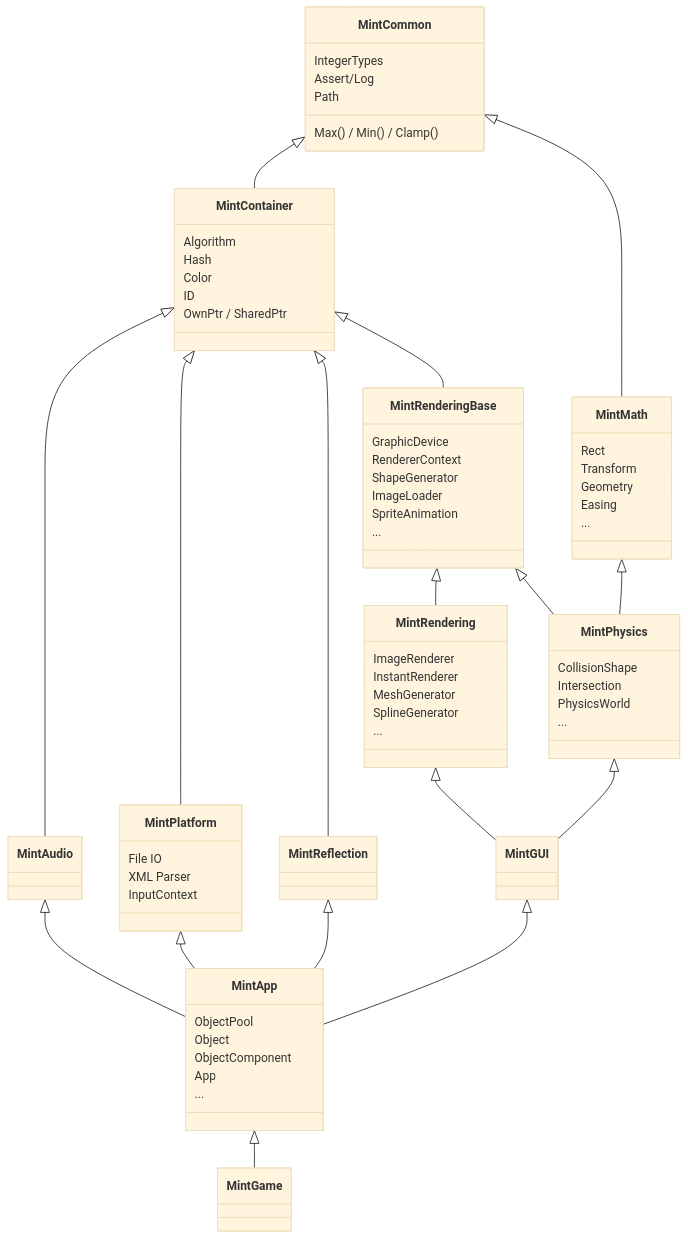
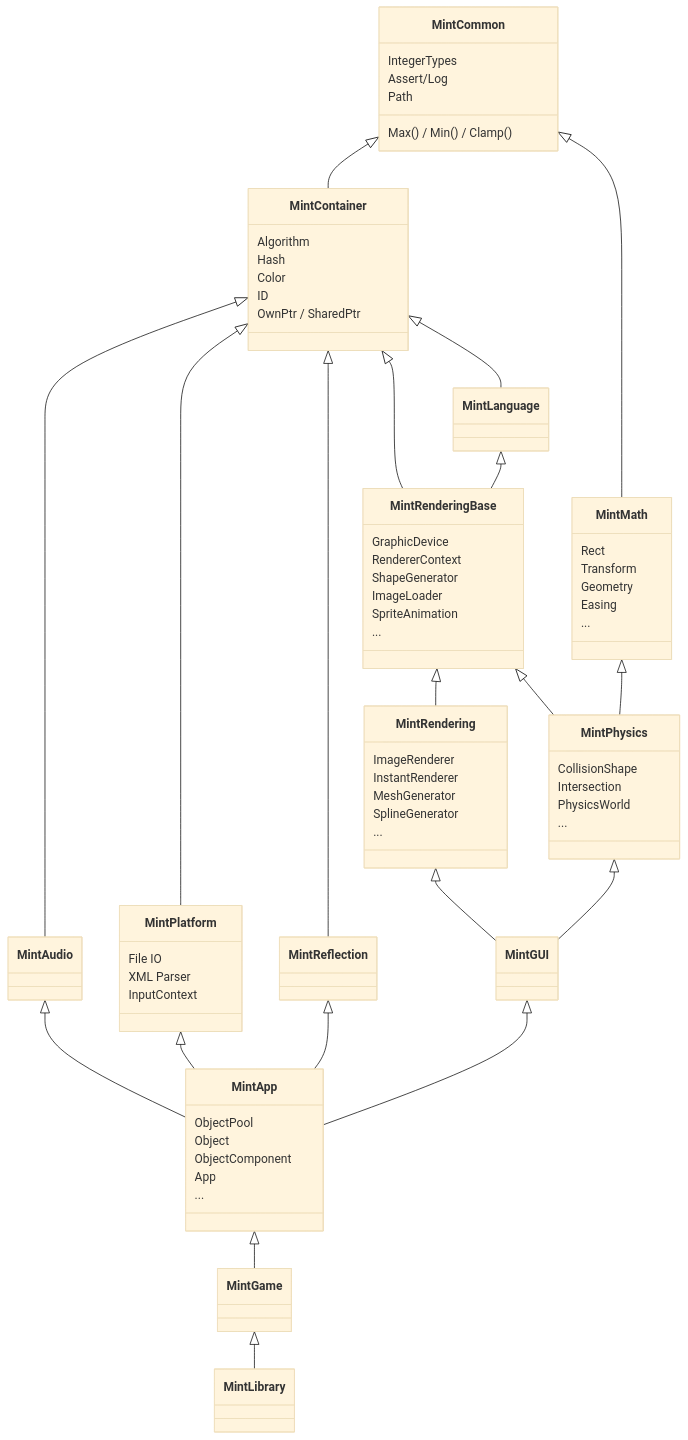
The diagram in MintCommon/LibraryStructure.md (principal6/MintLibrary), drawn with Mermaid (base theme) before and after one commit. The commit also changed 2 other files, not shown here.

Commit message:
minor refactoring

```diff
--- a/MintCommon/LibraryStructure.md
+++ b/MintCommon/LibraryStructure.md
@@ -8,6 +8,9 @@
     MintContainer <|-- MintPlatform
     MintContainer <|-- MintRenderingBase
     MintContainer <|-- MintReflection
+    MintContainer <|-- MintLanguage
+
+    MintLanguage <|-- MintRenderingBase
 
     MintRenderingBase <|-- MintRendering
 
@@ -23,6 +26,8 @@
     MintGUI <|-- MintApp
 
     MintApp <|-- MintGame
+
+    MintGame <|-- MintLibrary
 
     class MintCommon{
         IntegerTypes
```
